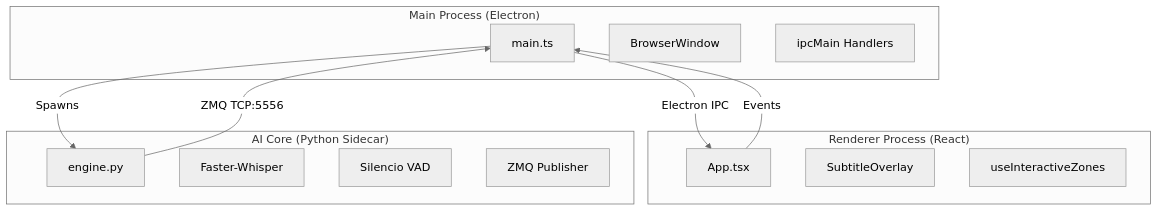
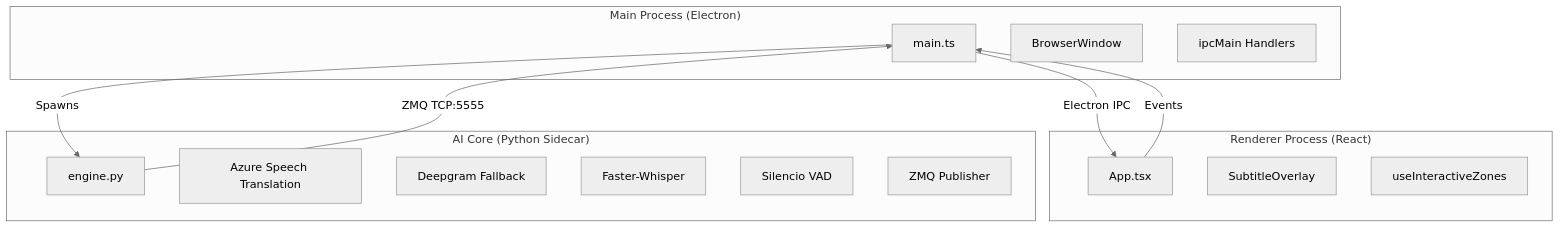
The diagram in ARCHITECTURE.md (senoldogann/Live-Translate), drawn with Mermaid (neutral theme) before and after one commit. The commit also changed other lines of this file and 5 other files, not shown here.

````diff
--- a/ARCHITECTURE.md
+++ b/ARCHITECTURE.md
@@ -13,26 +13,28 @@
 ```mermaid
 graph TB
     subgraph "Main Process (Electron)"
         Main[main.ts]
         Window[BrowserWindow]
         IPC_M[ipcMain Handlers]
     end
 
     subgraph "Renderer Process (React)"
         App[App.tsx]
         Overlay[SubtitleOverlay]
         Hook[useInteractiveZones]
     end
 
     subgraph "AI Core (Python Sidecar)"
         Engine[engine.py]
+        Azure[Azure Speech Translation]
+        Deepgram[Deepgram Fallback]
         Whisper[Faster-Whisper]
         VAD[Silencio VAD]
         ZMQ_Pub[ZMQ Publisher]
     end
 
     Main -->|Spawns| Engine
-    Engine -->|ZMQ TCP:5556| Main
+    Engine -->|ZMQ TCP:5555| Main
     Main -->|Electron IPC| App
     App -->|Events| Main
 ```
````
